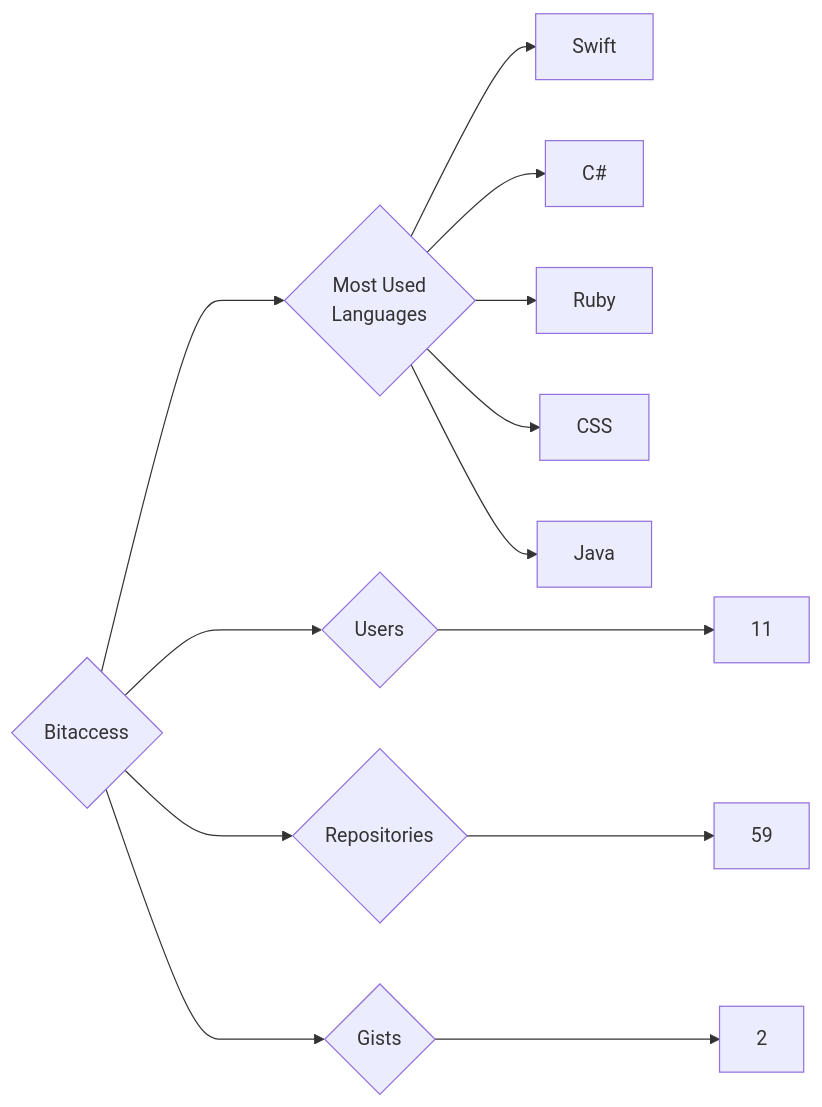
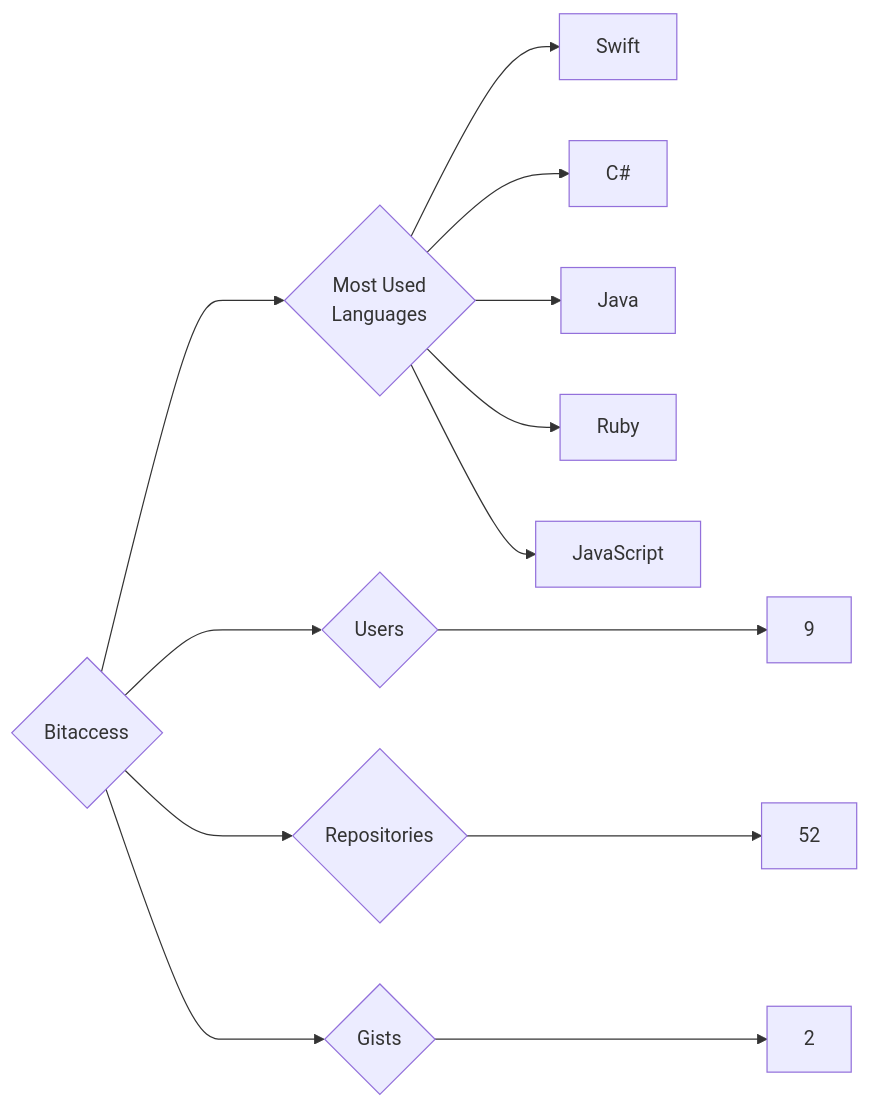
Before and after one commit to trickest/insiders: the diagram in targets/Bitaccess/README.md, drawn with Mermaid. The commit also changed 1141 other files, not shown here.

````diff
--- a/targets/Bitaccess/README.md
+++ b/targets/Bitaccess/README.md
@@ -3,13 +3,13 @@
 ```mermaid
 graph LR
 COMPANY_NAME{Bitaccess}
-COMPANY_NAME ---> U{Users} ---> UN[11]
-COMPANY_NAME ---> R{Repositories} ---> RN[59]
+COMPANY_NAME ---> U{Users} ---> UN[9]
+COMPANY_NAME ---> R{Repositories} ---> RN[52]
 COMPANY_NAME ---> G{Gists} ---> GN[2]
 COMPANY_NAME ---> ML{Most Used<br>Languages}
 ML --> Swift[Swift]
 ML --> C#[C#]
+ML --> Java[Java]
 ML --> Ruby[Ruby]
-ML --> CSS[CSS]
-ML --> Java[Java]
+ML --> JavaScript[JavaScript]
 ```
````
